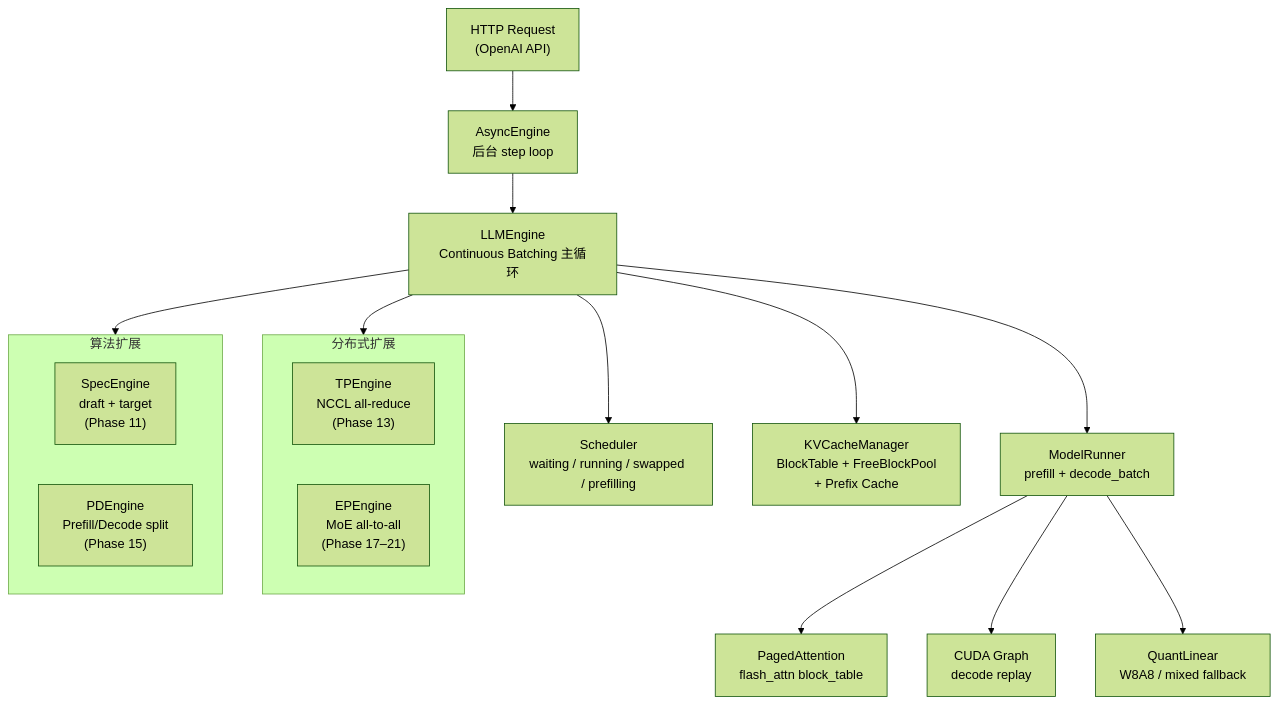
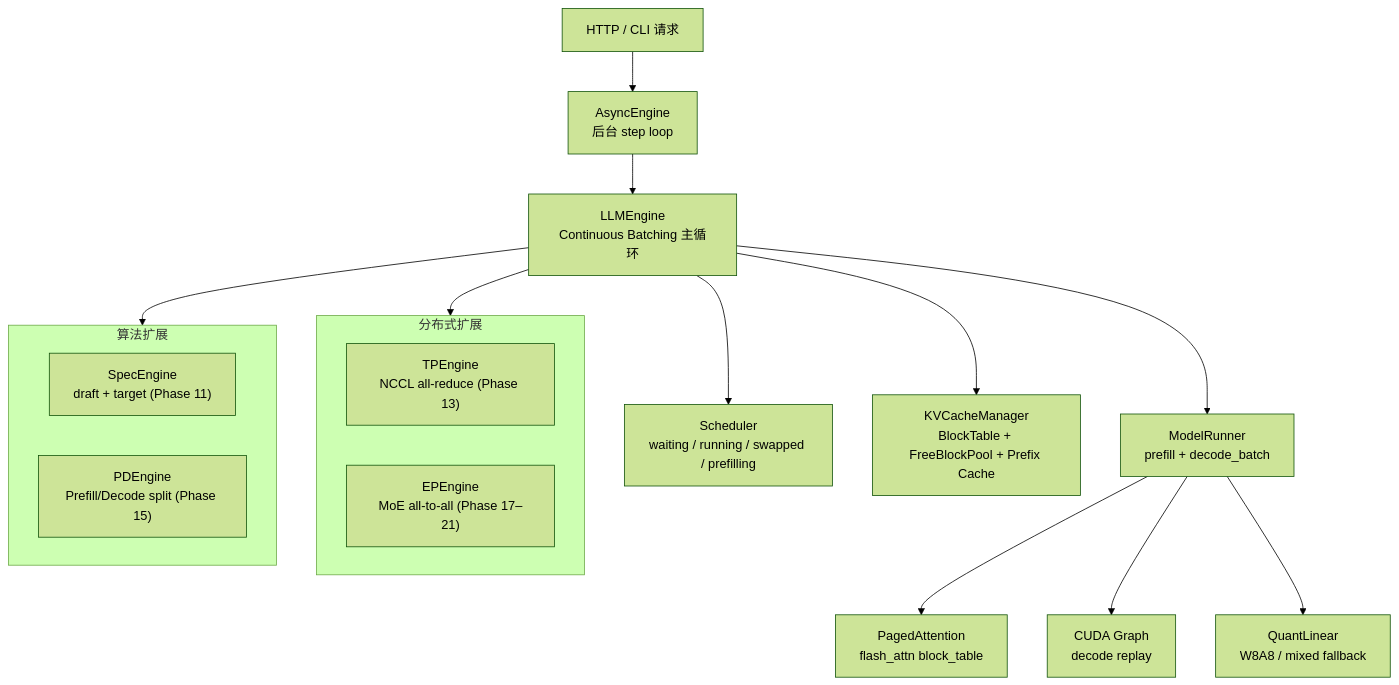
One commit to shallowdream2/mini-infer changed the diagram in README.md. Above: the diagram before and after it, drawn with Mermaid (forest theme). The commit also changed other lines of this file and 67 other files, not shown here.

````diff
--- a/README.md
+++ b/README.md
@@ -87,24 +149,24 @@
 ```mermaid
 graph TD
-    A["HTTP Request\n(OpenAI API)"] --> B["AsyncEngine\n后台 step loop"]
+    A["HTTP / CLI 请求"] --> B["AsyncEngine\n后台 step loop"]
     B --> C["LLMEngine\nContinuous Batching 主循环"]
     C --> D["Scheduler\nwaiting / running / swapped / prefilling"]
-    C --> E["KVCacheManager\nBlockTable + FreeBlockPool\n+ Prefix Cache"]
+    C --> E["KVCacheManager\nBlockTable + FreeBlockPool + Prefix Cache"]
     C --> F["ModelRunner\nprefill + decode_batch"]
     F --> G["PagedAttention\nflash_attn block_table"]
     F --> H["CUDA Graph\ndecode replay"]
     F --> I["QuantLinear\nW8A8 / mixed fallback"]
 
     subgraph dist ["分布式扩展"]
-        J["TPEngine\nNCCL all-reduce\n(Phase 13)"]
-        K["EPEngine\nMoE all-to-all\n(Phase 17–21)"]
+        J["TPEngine\nNCCL all-reduce (Phase 13)"]
+        K["EPEngine\nMoE all-to-all (Phase 17–21)"]
     end
 
     subgraph algo ["算法扩展"]
-        L["SpecEngine\ndraft + target\n(Phase 11)"]
-        M["PDEngine\nPrefill/Decode split\n(Phase 15)"]
+        L["SpecEngine\ndraft + target (Phase 11)"]
+        M["PDEngine\nPrefill/Decode split (Phase 15)"]
     end
 
     C --> dist
     C --> algo
 ```
````
